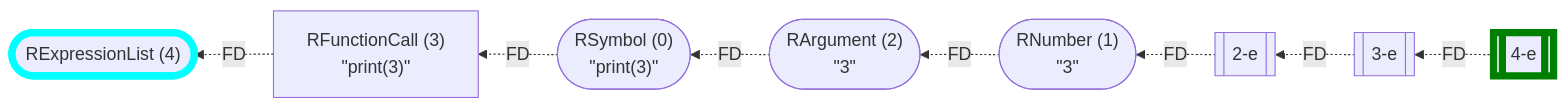
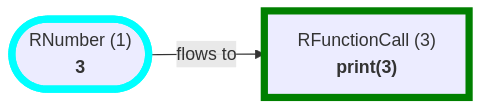
Before and after one commit to flowr-analysis/flowr: diagram 14 of 22 in wiki/Control Flow Graph.md, drawn with Mermaid. The commit also changed other lines of this file and 141 other files, not shown here.

````diff
--- a/wiki/Control Flow Graph.md
+++ b/wiki/Control Flow Graph.md
@@ -1001,23 +819,9 @@
 ```mermaid
-flowchart RL
-    n4(["`RExpressionList (4)`"])
-    n0(["`RSymbol (0)
-#34;print(3)#34;`"])
+flowchart LR
+    n1(["`RNumber (1)
+**3**`"])
     n3["`RFunctionCall (3)
-#34;print(3)#34;`"]
-    n3-e[[3-e]]
-    n2(["`RArgument (2)
-#34;3#34;`"])
-    n1(["`RNumber (1)
-#34;3#34;`"])
-    n2-e[[2-e]]
-    n4-e[[4-e]]
-    n3 -.->|"FD"| n4
-    n0 -.->|"FD"| n3
-    n1 -.->|"FD"| n2
-    n2-e -.->|"FD"| n1
-    n2 -.->|"FD"| n0
-    n3-e -.->|"FD"| n2-e
-    n4-e -.->|"FD"| n3-e
-    style n4 stroke:cyan,stroke-width:6.5px;    style n4-e stroke:green,stroke-width:6.5px;
+**print(3)**`"]
+    n1 -->|"flows to"| n3
+    style n1 stroke:cyan,stroke-width:6.5px;    style n3 stroke:green,stroke-width:6.5px;
 ```
````
